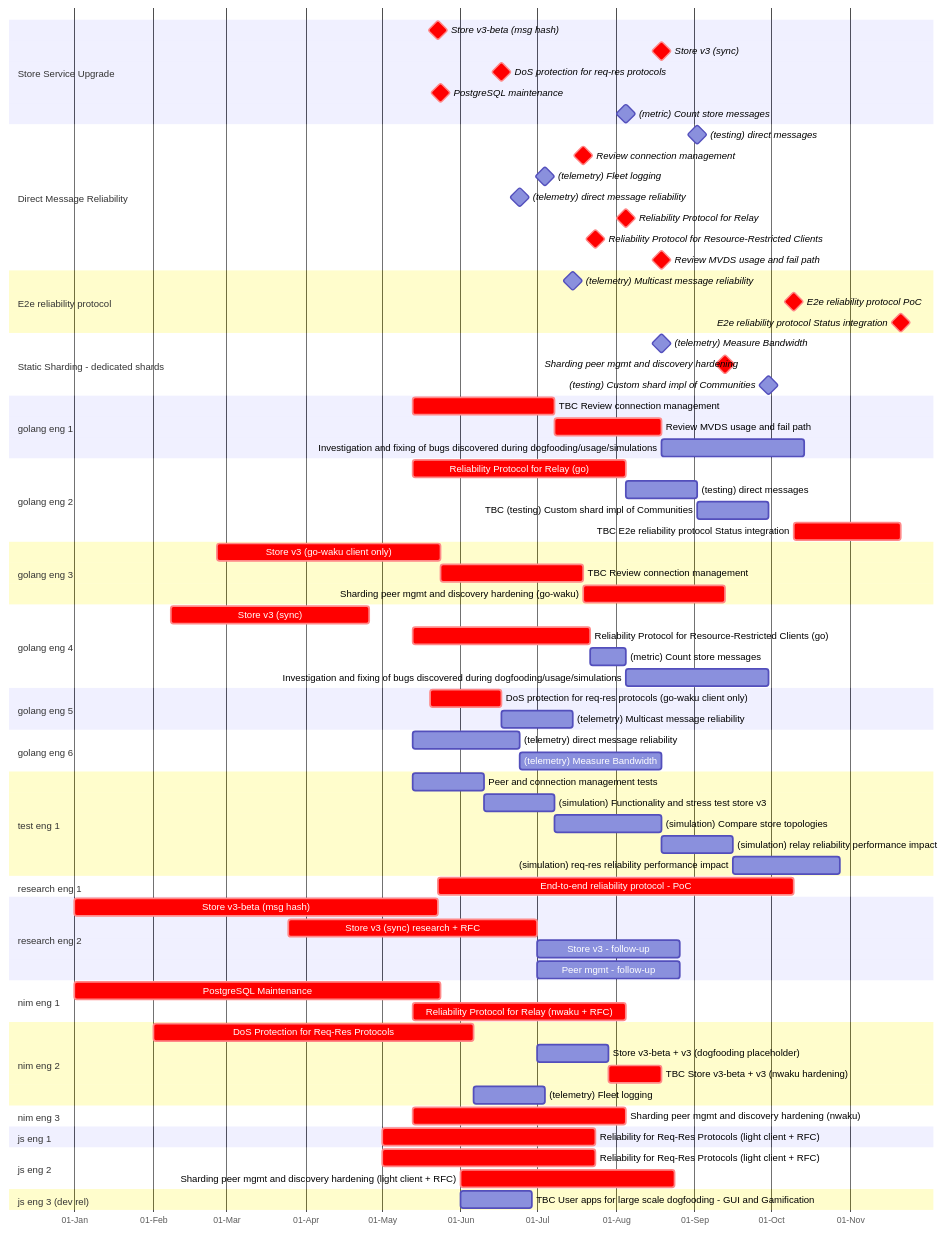
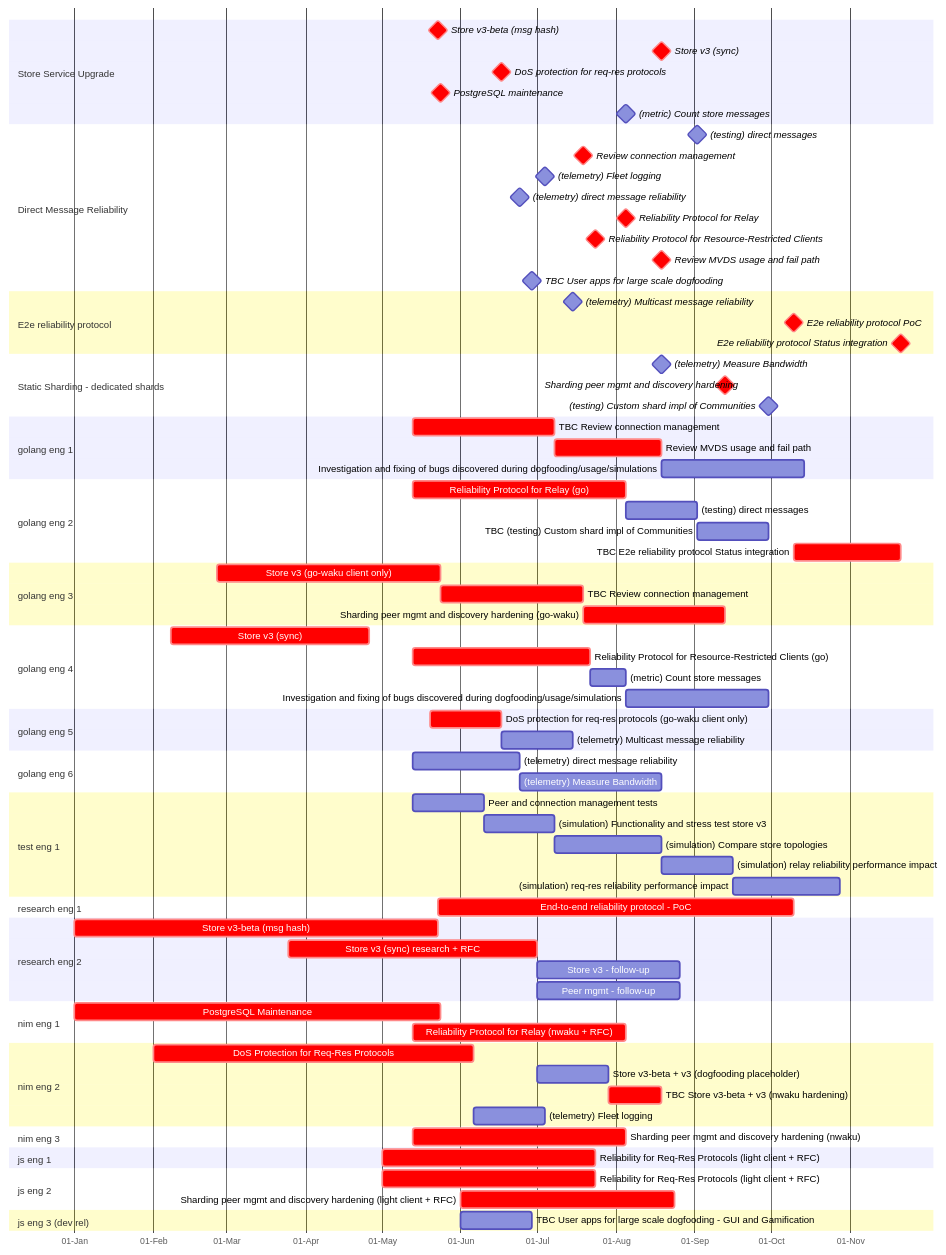
The diagram in content/waku/2024-gantt.md (logos-co/roadmap), drawn with Mermaid before and after one commit.

Commit message:
add user app gui deliverable

```diff
--- a/content/waku/2024-gantt.md
+++ b/content/waku/2024-gantt.md
@@ -37,6 +37,7 @@
         Reliability Protocol for Relay: crit, milestone, after rel-relay-g rel-relay-n, 0
         Reliability Protocol for Resource-Restricted Clients: crit, milestone, after rel-reqres-g rel-reqres-j, 0
         Review MVDS usage and fail path: crit, milestone, after mvds, 0
+        TBC User apps for large scale dogfooding: milestone, after user-app-gui, 0 
     section E2e reliability protocol
         (telemetry) Multicast message reliability: milestone, after telem-m-msg-rel, 0
         E2e reliability protocol PoC: milestone, crit, after e2e-rel-r, 0
```
